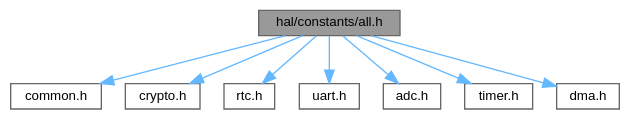
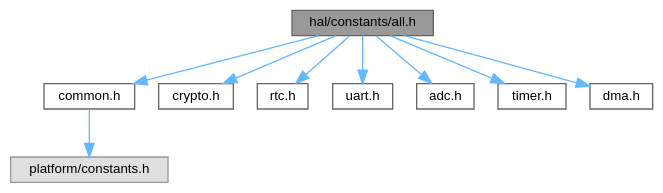
Before and after one commit to ebs-universe/piolib-hal-uc: the diagram in constants_2all_8h__incl.dot, drawn with Graphviz. The commit also changed 108 other files, not shown here.

```diff
--- a/constants_2all_8h__incl.dot
+++ b/constants_2all_8h__incl.dot
@@ -1,23 +1,25 @@
 digraph "hal/constants/all.h"
 {
  // INTERACTIVE_SVG=YES
  // LATEX_PDF_SIZE
   bgcolor="transparent";
   edge [fontname=Helvetica,fontsize=10,labelfontname=Helvetica,labelfontsize=10];
   node [fontname=Helvetica,fontsize=10,shape=box,height=0.2,width=0.4];
   Node1 [id="Node000001",label="hal/constants/all.h",height=0.2,width=0.4,color="gray40", fillcolor="grey60", style="filled", fontcolor="black",tooltip=" "];
   Node1 -> Node2 [id="edge1_Node000001_Node000002",color="steelblue1",style="solid",tooltip=" "];
   Node2 [id="Node000002",label="common.h",height=0.2,width=0.4,color="grey40", fillcolor="white", style="filled",URL="$common_8h.html",tooltip=" "];
-  Node1 -> Node3 [id="edge2_Node000001_Node000003",color="steelblue1",style="solid",tooltip=" "];
-  Node3 [id="Node000003",label="crypto.h",height=0.2,width=0.4,color="grey40", fillcolor="white", style="filled",URL="$constants_2crypto_8h.html",tooltip=" "];
+  Node2 -> Node3 [id="edge2_Node000002_Node000003",color="steelblue1",style="solid",tooltip=" "];
+  Node3 [id="Node000003",label="platform/constants.h",height=0.2,width=0.4,color="grey60", fillcolor="#E0E0E0", style="filled",tooltip=" "];
   Node1 -> Node4 [id="edge3_Node000001_Node000004",color="steelblue1",style="solid",tooltip=" "];
-  Node4 [id="Node000004",label="rtc.h",height=0.2,width=0.4,color="grey40", fillcolor="white", style="filled",URL="$constants_2rtc_8h.html",tooltip=" "];
+  Node4 [id="Node000004",label="crypto.h",height=0.2,width=0.4,color="grey40", fillcolor="white", style="filled",URL="$constants_2crypto_8h.html",tooltip=" "];
   Node1 -> Node5 [id="edge4_Node000001_Node000005",color="steelblue1",style="solid",tooltip=" "];
-  Node5 [id="Node000005",label="uart.h",height=0.2,width=0.4,color="grey40", fillcolor="white", style="filled",URL="$constants_2uart_8h.html",tooltip=" "];
+  Node5 [id="Node000005",label="rtc.h",height=0.2,width=0.4,color="grey40", fillcolor="white", style="filled",URL="$constants_2rtc_8h.html",tooltip=" "];
   Node1 -> Node6 [id="edge5_Node000001_Node000006",color="steelblue1",style="solid",tooltip=" "];
-  Node6 [id="Node000006",label="adc.h",height=0.2,width=0.4,color="grey40", fillcolor="white", style="filled",URL="$constants_2adc_8h.html",tooltip=" "];
+  Node6 [id="Node000006",label="uart.h",height=0.2,width=0.4,color="grey40", fillcolor="white", style="filled",URL="$constants_2uart_8h.html",tooltip=" "];
   Node1 -> Node7 [id="edge6_Node000001_Node000007",color="steelblue1",style="solid",tooltip=" "];
-  Node7 [id="Node000007",label="timer.h",height=0.2,width=0.4,color="grey40", fillcolor="white", style="filled",URL="$constants_2timer_8h.html",tooltip=" "];
+  Node7 [id="Node000007",label="adc.h",height=0.2,width=0.4,color="grey40", fillcolor="white", style="filled",URL="$constants_2adc_8h.html",tooltip=" "];
   Node1 -> Node8 [id="edge7_Node000001_Node000008",color="steelblue1",style="solid",tooltip=" "];
-  Node8 [id="Node000008",label="dma.h",height=0.2,width=0.4,color="grey40", fillcolor="white", style="filled",URL="$constants_2dma_8h.html",tooltip=" "];
+  Node8 [id="Node000008",label="timer.h",height=0.2,width=0.4,color="grey40", fillcolor="white", style="filled",URL="$constants_2timer_8h.html",tooltip=" "];
+  Node1 -> Node9 [id="edge8_Node000001_Node000009",color="steelblue1",style="solid",tooltip=" "];
+  Node9 [id="Node000009",label="dma.h",height=0.2,width=0.4,color="grey40", fillcolor="white", style="filled",URL="$constants_2dma_8h.html",tooltip=" "];
 }
```
